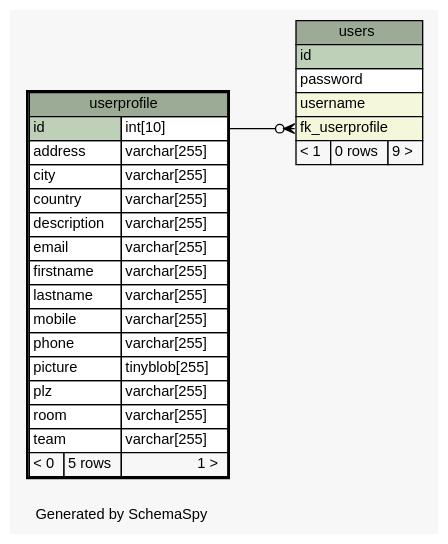
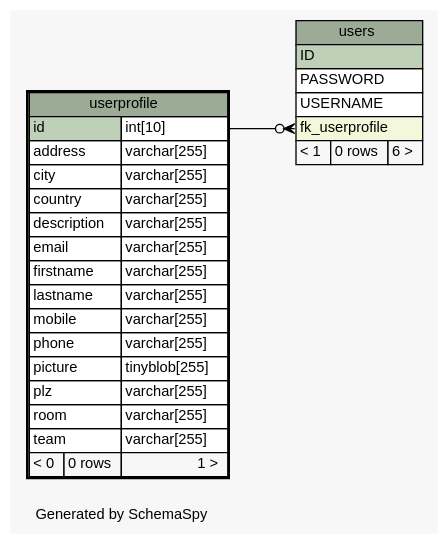
Before and after one commit to chr-krenn/chr-krenn-fhj-ws2017-sd17-pse: the diagram in doc/db_schema/diagrams/userprofile.1degree.dot, drawn with Graphviz. The commit also changed 63 other files, not shown here.

Commit message:
update database schema documentation

```diff
--- a/doc/db_schema/diagrams/userprofile.1degree.dot
+++ b/doc/db_schema/diagrams/userprofile.1degree.dot
@@ -1,59 +1,59 @@
 // dot 2.40.1 on Linux 4.12.5-300.fc26.x86_64
 // SchemaSpy rev 590
 digraph "oneDegreeRelationshipsDiagram" {
   graph [
     rankdir="RL"
     bgcolor="#f7f7f7"
     label="\nGenerated by SchemaSpy"
     labeljust="l"
     nodesep="0.18"
     ranksep="0.46"
     fontname="Helvetica"
     fontsize="11"
   ];
   node [
     fontname="Helvetica"
     fontsize="11"
     shape="plaintext"
   ];
   edge [
     arrowsize="0.8"
   ];
   "users":"fk_userprofile":w -> "userprofile":"id.type":e [arrowhead=none dir=back arrowtail=crowodot];
   "userprofile" [
     label=<
     <TABLE BORDER="2" CELLBORDER="1" CELLSPACING="0" BGCOLOR="#ffffff">
       <TR><TD COLSPAN="3" BGCOLOR="#9bab96" ALIGN="CENTER">userprofile</TD></TR>
       <TR><TD PORT="id" COLSPAN="2" BGCOLOR="#bed1b8" ALIGN="LEFT">id</TD><TD PORT="id.type" ALIGN="LEFT">int[10]</TD></TR>
       <TR><TD PORT="address" COLSPAN="2" ALIGN="LEFT">address</TD><TD PORT="address.type" ALIGN="LEFT">varchar[255]</TD></TR>
       <TR><TD PORT="city" COLSPAN="2" ALIGN="LEFT">city</TD><TD PORT="city.type" ALIGN="LEFT">varchar[255]</TD></TR>
       <TR><TD PORT="country" COLSPAN="2" ALIGN="LEFT">country</TD><TD PORT="country.type" ALIGN="LEFT">varchar[255]</TD></TR>
       <TR><TD PORT="description" COLSPAN="2" ALIGN="LEFT">description</TD><TD PORT="description.type" ALIGN="LEFT">varchar[255]</TD></TR>
       <TR><TD PORT="email" COLSPAN="2" ALIGN="LEFT">email</TD><TD PORT="email.type" ALIGN="LEFT">varchar[255]</TD></TR>
       <TR><TD PORT="firstname" COLSPAN="2" ALIGN="LEFT">firstname</TD><TD PORT="firstname.type" ALIGN="LEFT">varchar[255]</TD></TR>
       <TR><TD PORT="lastname" COLSPAN="2" ALIGN="LEFT">lastname</TD><TD PORT="lastname.type" ALIGN="LEFT">varchar[255]</TD></TR>
       <TR><TD PORT="mobile" COLSPAN="2" ALIGN="LEFT">mobile</TD><TD PORT="mobile.type" ALIGN="LEFT">varchar[255]</TD></TR>
       <TR><TD PORT="phone" COLSPAN="2" ALIGN="LEFT">phone</TD><TD PORT="phone.type" ALIGN="LEFT">varchar[255]</TD></TR>
       <TR><TD PORT="picture" COLSPAN="2" ALIGN="LEFT">picture</TD><TD PORT="picture.type" ALIGN="LEFT">tinyblob[255]</TD></TR>
       <TR><TD PORT="plz" COLSPAN="2" ALIGN="LEFT">plz</TD><TD PORT="plz.type" ALIGN="LEFT">varchar[255]</TD></TR>
       <TR><TD PORT="room" COLSPAN="2" ALIGN="LEFT">room</TD><TD PORT="room.type" ALIGN="LEFT">varchar[255]</TD></TR>
       <TR><TD PORT="team" COLSPAN="2" ALIGN="LEFT">team</TD><TD PORT="team.type" ALIGN="LEFT">varchar[255]</TD></TR>
-      <TR><TD ALIGN="LEFT" BGCOLOR="#f7f7f7">&lt; 0</TD><TD ALIGN="RIGHT" BGCOLOR="#f7f7f7">5 rows</TD><TD ALIGN="RIGHT" BGCOLOR="#f7f7f7">1 &gt;</TD></TR>
+      <TR><TD ALIGN="LEFT" BGCOLOR="#f7f7f7">&lt; 0</TD><TD ALIGN="RIGHT" BGCOLOR="#f7f7f7">0 rows</TD><TD ALIGN="RIGHT" BGCOLOR="#f7f7f7">1 &gt;</TD></TR>
     </TABLE>>
     URL="userprofile.html"
     tooltip="userprofile"
   ];
   "users" [
     label=<
     <TABLE BORDER="0" CELLBORDER="1" CELLSPACING="0" BGCOLOR="#ffffff">
       <TR><TD COLSPAN="3" BGCOLOR="#9bab96" ALIGN="CENTER">users</TD></TR>
-      <TR><TD PORT="id" COLSPAN="3" BGCOLOR="#bed1b8" ALIGN="LEFT">id</TD></TR>
-      <TR><TD PORT="password" COLSPAN="3" ALIGN="LEFT">password</TD></TR>
-      <TR><TD PORT="username" COLSPAN="3" BGCOLOR="#f4f7da" ALIGN="LEFT">username</TD></TR>
+      <TR><TD PORT="ID" COLSPAN="3" BGCOLOR="#bed1b8" ALIGN="LEFT">ID</TD></TR>
+      <TR><TD PORT="PASSWORD" COLSPAN="3" ALIGN="LEFT">PASSWORD</TD></TR>
+      <TR><TD PORT="USERNAME" COLSPAN="3" ALIGN="LEFT">USERNAME</TD></TR>
       <TR><TD PORT="fk_userprofile" COLSPAN="3" BGCOLOR="#f4f7da" ALIGN="LEFT">fk_userprofile</TD></TR>
-      <TR><TD ALIGN="LEFT" BGCOLOR="#f7f7f7">&lt; 1</TD><TD ALIGN="RIGHT" BGCOLOR="#f7f7f7">0 rows</TD><TD ALIGN="RIGHT" BGCOLOR="#f7f7f7">9 &gt;</TD></TR>
+      <TR><TD ALIGN="LEFT" BGCOLOR="#f7f7f7">&lt; 1</TD><TD ALIGN="RIGHT" BGCOLOR="#f7f7f7">0 rows</TD><TD ALIGN="RIGHT" BGCOLOR="#f7f7f7">6 &gt;</TD></TR>
     </TABLE>>
     URL="users.html"
     tooltip="users"
   ];
 }
```
